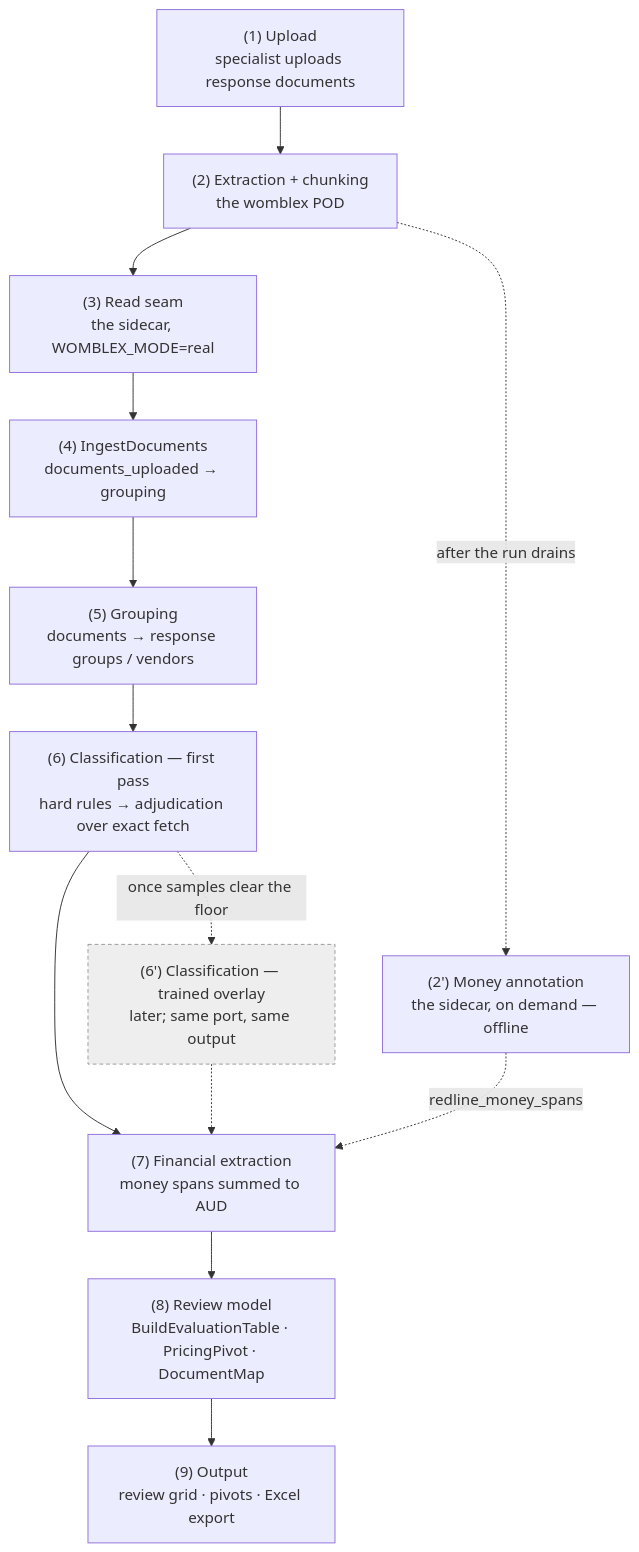
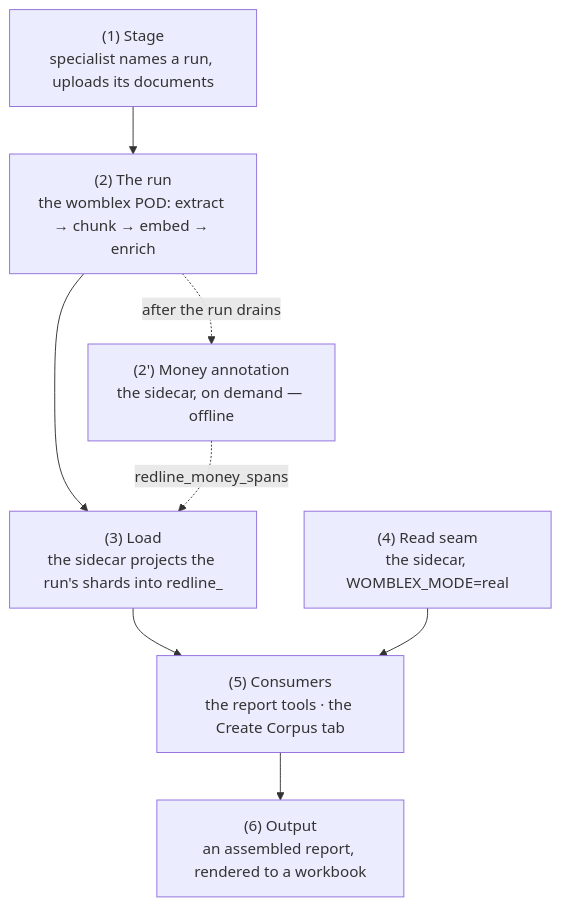
One commit to DeepCivic/Redline changed the second of 2 diagrams in docs/architecture.md. Above: the diagram before and after it, drawn with Mermaid. The commit also changed other lines of this file and 11 other files, not shown here.

First line of the commit message:
docs: rewrite to the corpus-ingest-and-report substrate

````diff
--- a/docs/architecture.md
+++ b/docs/architecture.md
@@ -348,23 +254,15 @@
 ```mermaid
 flowchart TB
-    s1["(1) Upload<br/>specialist uploads response documents"]
-    s2["(2) Extraction + chunking<br/>the womblex POD"]
+    s1["(1) Stage<br/>specialist names a run, uploads its documents"]
+    s2["(2) The run<br/>the womblex POD: extract → chunk → embed → enrich"]
     s2b["(2') Money annotation<br/>the sidecar, on demand — offline"]
-    s3["(3) Read seam<br/>the sidecar, WOMBLEX_MODE=real"]
-    s4["(4) IngestDocuments<br/>documents_uploaded → grouping"]
-    s5["(5) Grouping<br/>documents → response groups / vendors"]
-    s6["(6) Classification — first pass<br/>hard rules → adjudication over exact fetch"]
-    s6b["(6') Classification — trained overlay<br/>later; same port, same output"]
-    s7["(7) Financial extraction<br/>money spans summed to AUD"]
-    s8["(8) Review model<br/>BuildEvaluationTable · PricingPivot · DocumentMap"]
-    s9["(9) Output<br/>review grid · pivots · Excel export"]
+    s3["(3) Load<br/>the sidecar projects the run's shards into redline_"]
+    s4["(4) Read seam<br/>the sidecar, WOMBLEX_MODE=real"]
+    s5["(5) Consumers<br/>the report tools · the Create Corpus tab"]
+    s6["(6) Output<br/>an assembled report, rendered to a workbook"]
 
-    s1 --> s2 --> s3 --> s4 --> s5 --> s6 --> s7 --> s8 --> s9
+    s1 --> s2 --> s3 --> s5 --> s6
     s2 -.->|after the run drains| s2b
-    s2b -.->|redline_money_spans| s7
-    s6 -.->|once samples clear the floor| s6b
-    s6b -.-> s7
-
-    classDef later fill:#eee,stroke:#999,stroke-dasharray:4 3,color:#333
-    class s6b later
+    s2b -.->|redline_money_spans| s3
+    s4 --> s5
 ```
````
